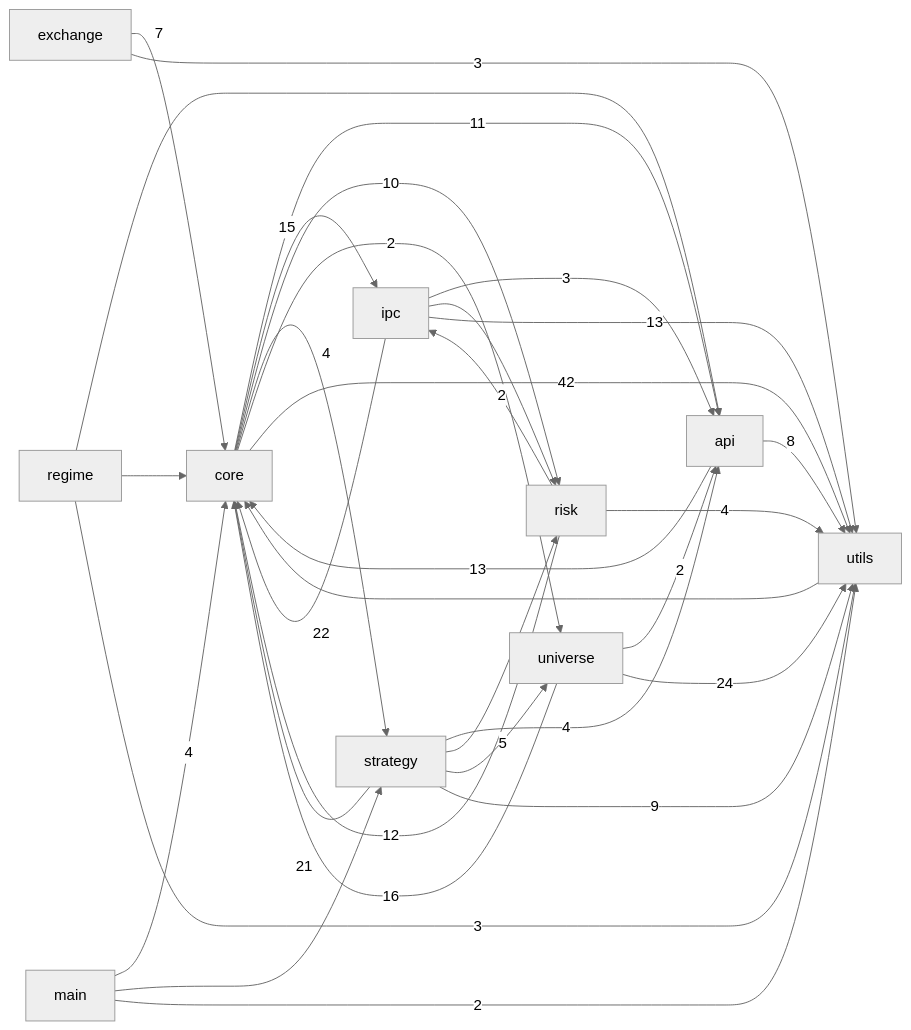
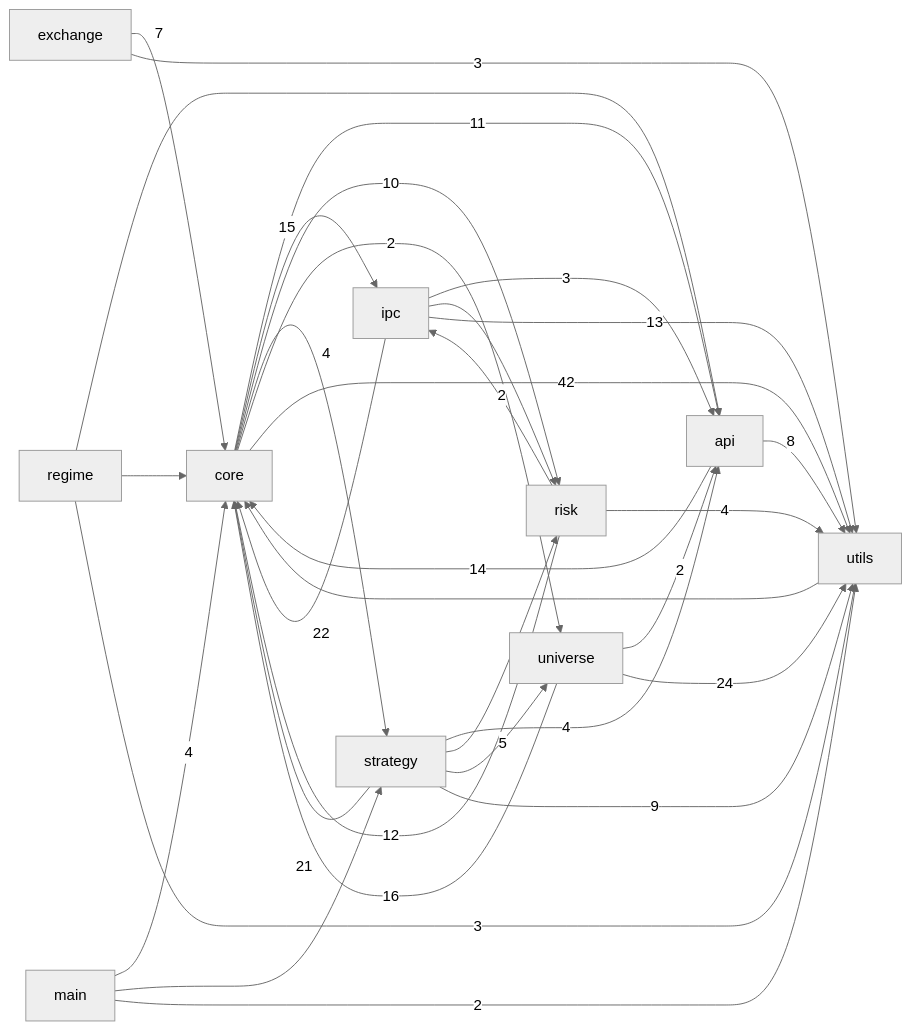
Before and after one commit to pypy8171/Quant: the first of 3 diagrams in docs/CODE_GRAPH.md, drawn with Mermaid (neutral theme). The commit also changed other lines of this file and 14 other files, not shown here.

````diff
--- a/docs/CODE_GRAPH.md
+++ b/docs/CODE_GRAPH.md
@@ -10,45 +10,45 @@
 ```mermaid
 graph LR
   main[main]
   core[core]
   strategy[strategy]
   api[api]
   universe[universe]
   risk[risk]
   ipc[ipc]
   utils[utils]
   exchange[exchange]
   regime[regime]
-  api -->|13| core
+  api -->|14| core
   api -->|8| utils
   core -->|11| api
   core -->|15| ipc
   core -->|10| risk
   core -->|4| strategy
   core -->|2| universe
   core -->|42| utils
   exchange -->|7| core
   exchange -->|3| utils
   ipc -->|3| api
   ipc -->|22| core
   ipc --> risk
   ipc -->|13| utils
   main -->|4| core
   main --> strategy
   main -->|2| utils
   regime --> api
   regime --> core
   regime -->|3| utils
   risk -->|12| core
   risk -->|2| ipc
   risk -->|4| utils
   strategy -->|4| api
   strategy -->|21| core
   strategy --> risk
   strategy -->|5| universe
   strategy -->|9| utils
   universe -->|2| api
   universe -->|16| core
   universe -->|24| utils
   utils --> core
 ```
````
